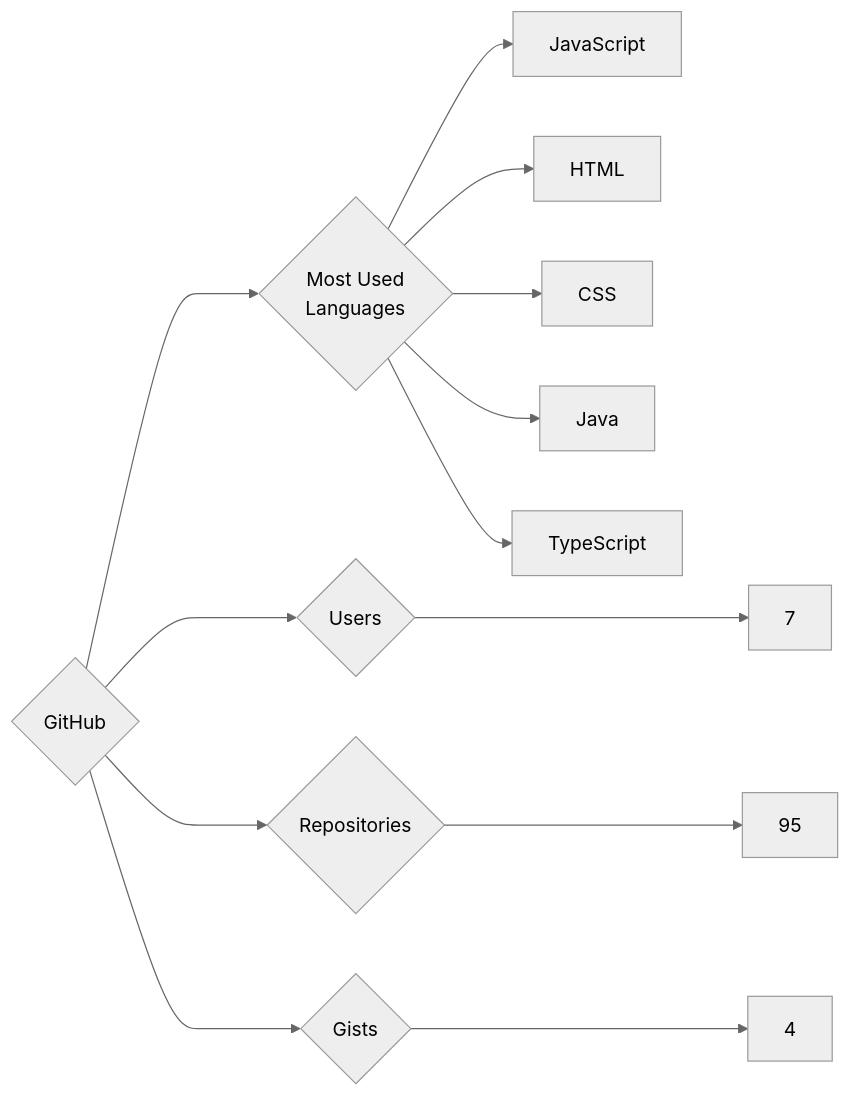
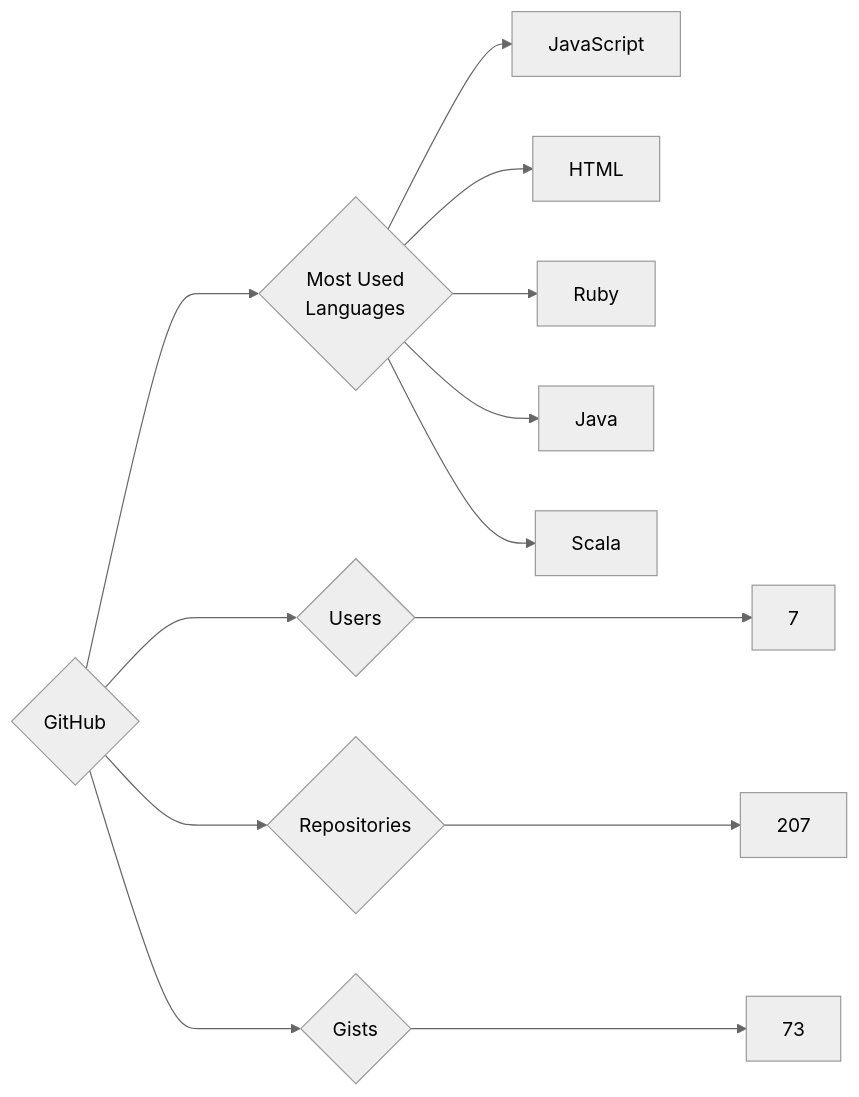
Before and after one commit to trickest/insiders: the diagram in targets/GitHub/README.md, drawn with Mermaid (neutral theme). The commit also changed 938 other files, not shown here.

````diff
--- a/targets/GitHub/README.md
+++ b/targets/GitHub/README.md
@@ -3,13 +3,13 @@
 ```mermaid
 graph LR
 COMPANY_NAME{GitHub}
 COMPANY_NAME ---> U{Users} ---> UN[7]
-COMPANY_NAME ---> R{Repositories} ---> RN[95]
-COMPANY_NAME ---> G{Gists} ---> GN[4]
+COMPANY_NAME ---> R{Repositories} ---> RN[207]
+COMPANY_NAME ---> G{Gists} ---> GN[73]
 COMPANY_NAME ---> ML{Most Used<br>Languages}
 ML --> JavaScript[JavaScript]
 ML --> HTML[HTML]
-ML --> CSS[CSS]
+ML --> Ruby[Ruby]
 ML --> Java[Java]
-ML --> TypeScript[TypeScript]
+ML --> Scala[Scala]
 ```
````
